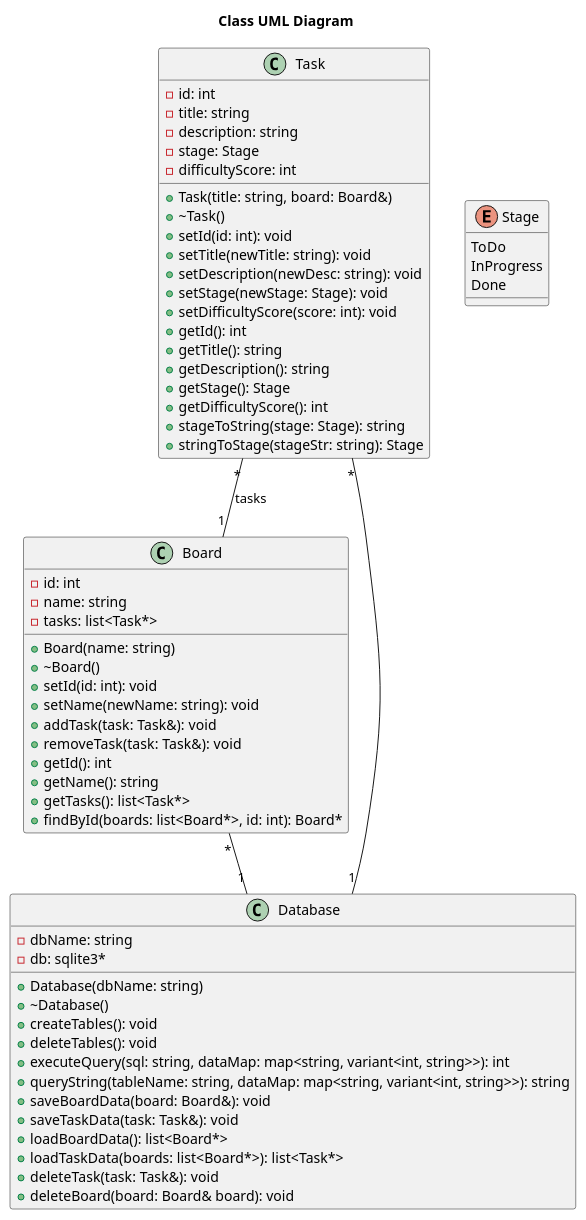
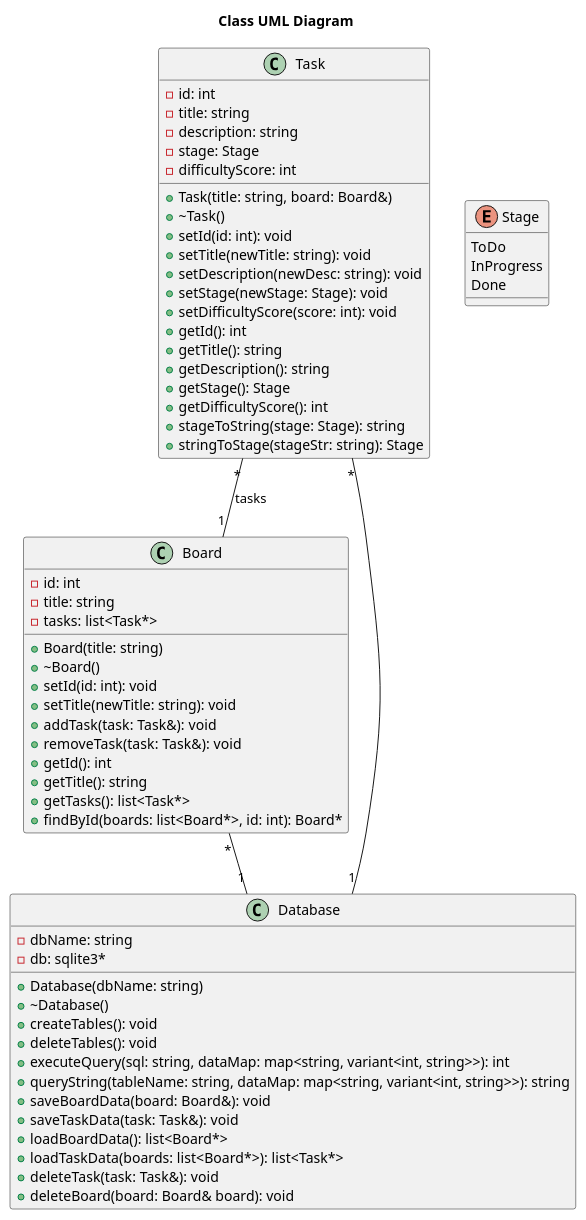
The diagram in diagrams/classUML.puml (travisformayor/cli_kanban), drawn with PlantUML before and after one commit. The commit also changed 3 other files, not shown here.

Commit message:
switch board name to title

```diff
--- a/diagrams/classUML.puml
+++ b/diagrams/classUML.puml
@@ -1,70 +1,70 @@
 @startuml classUML
 
 title Class UML Diagram
 
 Task "*" -- "1" Board : tasks
 Task "*" -- "1" Database
 Board "*" -- "1" Database
 
 enum Stage {
   ToDo
   InProgress
   Done
 }
 
 class Task {
   -id: int
   -title: string
   -description: string
   -stage: Stage
   -difficultyScore: int
   +Task(title: string, board: Board&)
   +~Task()
   +setId(id: int): void
   +setTitle(newTitle: string): void
   +setDescription(newDesc: string): void
   +setStage(newStage: Stage): void
   +setDifficultyScore(score: int): void
   +getId(): int
   +getTitle(): string
   +getDescription(): string
   +getStage(): Stage
   +getDifficultyScore(): int
   +stageToString(stage: Stage): string
   +stringToStage(stageStr: string): Stage
 }
 
 class Board {
   -id: int
-  -name: string
+  -title: string
   -tasks: list<Task*>
-  +Board(name: string)
+  +Board(title: string)
   +~Board()
   +setId(id: int): void
-  +setName(newName: string): void
+  +setTitle(newTitle: string): void
   +addTask(task: Task&): void
   +removeTask(task: Task&): void
   +getId(): int
-  +getName(): string
+  +getTitle(): string
   +getTasks(): list<Task*>
   +findById(boards: list<Board*>, id: int): Board*
 }
 
 class Database {
   -dbName: string
   -db: sqlite3*
   +Database(dbName: string)
   +~Database()
   +createTables(): void
   +deleteTables(): void
   +executeQuery(sql: string, dataMap: map<string, variant<int, string>>): int
   +queryString(tableName: string, dataMap: map<string, variant<int, string>>): string
   +saveBoardData(board: Board&): void
   +saveTaskData(task: Task&): void
   +loadBoardData(): list<Board*>
   +loadTaskData(boards: list<Board*>): list<Task*>
   +deleteTask(task: Task&): void
   +deleteBoard(board: Board& board): void
 }
 
 @enduml
```
